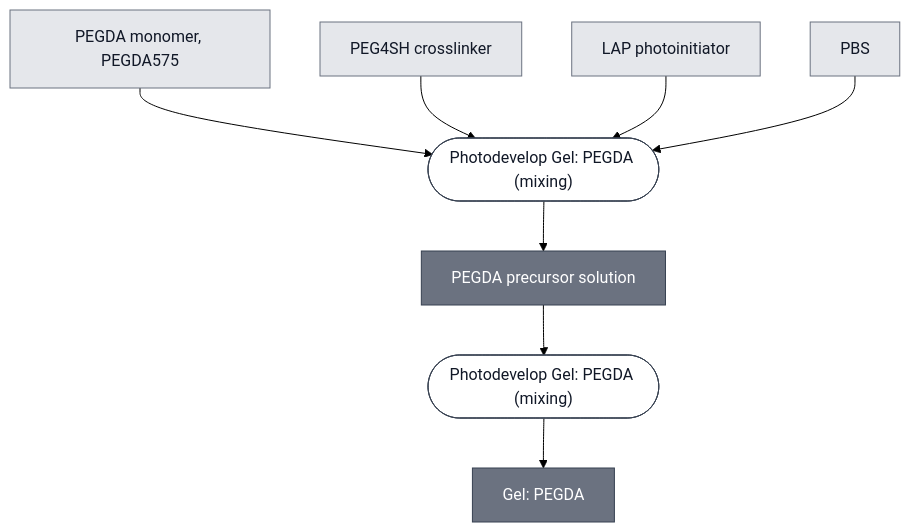
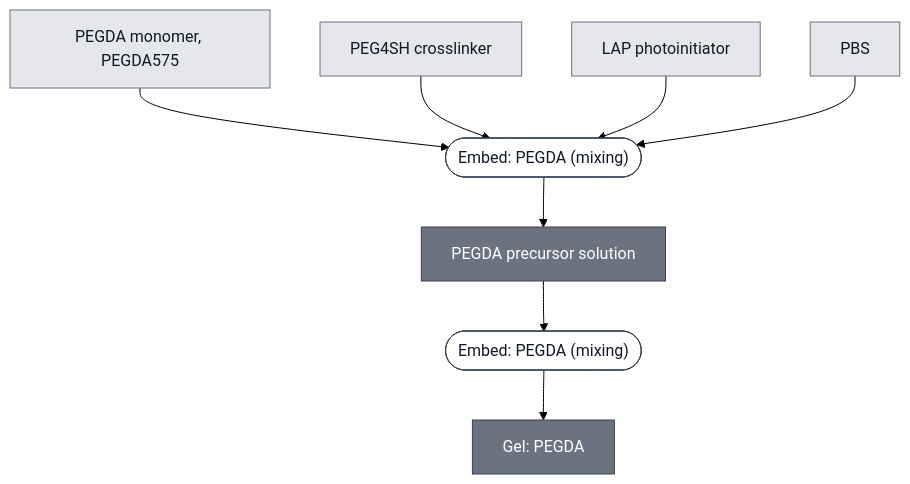
The diagram in docs/modules/gel-pegda/spec.md (nucleus-eng/nucleus-docs), drawn with Mermaid (forest theme) before and after one commit. The commit also changed other lines of this file and 15 other files, not shown here.

First line of the commit message:
The two photodevelop routes become Embed, and the pair stays parallel

````diff
--- a/docs/modules/gel-pegda/spec.md
+++ b/docs/modules/gel-pegda/spec.md
@@ -41,33 +41,33 @@
 ```mermaid
 flowchart TD
     PEGDA575["PEGDA monomer, PEGDA575"]
     PEG4SH["PEG4SH crosslinker"]
     LAP["LAP photoinitiator"]
     PBS["PBS"]
 
-    P1_ASSEMBLE_PRECURSOR_0(["Photodevelop Gel: PEGDA (mixing)"])
+    P1_ASSEMBLE_PRECURSOR_0(["Embed: PEGDA (mixing)"])
     PEGDA_PRECURSOR["PEGDA precursor solution"]
-    P2_PHOTOPATTERN_0(["Photodevelop Gel: PEGDA (mixing)"])
+    P2_PHOTOPATTERN_0(["Embed: PEGDA (mixing)"])
     GEL_PEGDA["Gel: PEGDA"]
 
     PEGDA575 --> P1_ASSEMBLE_PRECURSOR_0
     PEG4SH --> P1_ASSEMBLE_PRECURSOR_0
     LAP --> P1_ASSEMBLE_PRECURSOR_0
     PBS --> P1_ASSEMBLE_PRECURSOR_0
     P1_ASSEMBLE_PRECURSOR_0 --> PEGDA_PRECURSOR
 
     PEGDA_PRECURSOR --> P2_PHOTOPATTERN_0
     P2_PHOTOPATTERN_0 --> GEL_PEGDA
 
 
     classDef leaf     fill:#e5e7eb,stroke:#6b7280,color:#111827;
     classDef composed fill:#6b7280,stroke:#374151,color:#ffffff;
     classDef process  fill:#ffffff,stroke:#374151,color:#111827;
     class PEGDA575,PEG4SH,LAP,PBS leaf;
     class PEGDA_PRECURSOR,GEL_PEGDA composed;
     class P1_ASSEMBLE_PRECURSOR_0,P2_PHOTOPATTERN_0 process;
 
-    click P1_ASSEMBLE_PRECURSOR_0 "/docs/processes/photodevelop-pegda/main"
-    click P2_PHOTOPATTERN_0 "/docs/processes/photodevelop-pegda/main"
+    click P1_ASSEMBLE_PRECURSOR_0 "/docs/processes/embed-pegda/main"
+    click P2_PHOTOPATTERN_0 "/docs/processes/embed-pegda/main"
     click GEL_PEGDA "/docs/modules/gel-pegda/spec"
 ```
````
